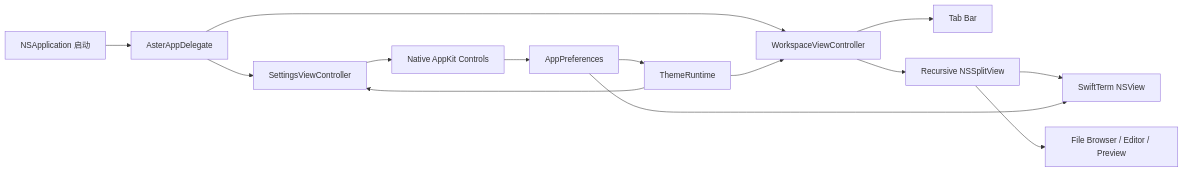
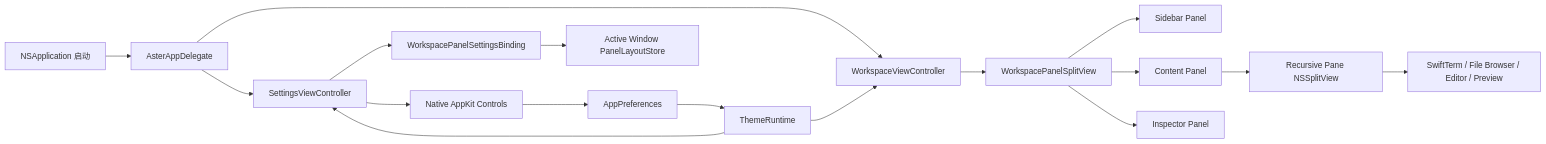
Before and after one commit to rambocode/aster: the diagram in docs/developer/appkit-interface.md, drawn with Mermaid. The commit also changed other lines of this file and 30 other files, not shown here.

Commit message:
feat(settings): restore independent fixed settings window

````diff
--- a/docs/developer/appkit-interface.md
+++ b/docs/developer/appkit-interface.md
@@ -36,16 +39,19 @@
 ```mermaid
 flowchart LR
   A[NSApplication 启动] --> B[AsterAppDelegate]
   B --> C[WorkspaceViewController]
   B --> D[SettingsViewController]
-  C --> E[Tab Bar]
-  C --> F[Recursive NSSplitView]
-  F --> G[SwiftTerm NSView]
-  F --> H[File Browser / Editor / Preview]
-  D --> I[Native AppKit Controls]
-  I --> J[AppPreferences]
-  J --> K[ThemeRuntime]
-  K --> C
-  K --> D
-  J --> G
+  C --> E[WorkspacePanelSplitView]
+  E --> F[Sidebar Panel]
+  E --> G[Content Panel]
+  E --> H[Inspector Panel]
+  G --> I[Recursive Pane NSSplitView]
+  I --> J[SwiftTerm / File Browser / Editor / Preview]
+  D --> O[Native AppKit Controls]
+  D --> K[WorkspacePanelSettingsBinding]
+  O --> L[AppPreferences]
+  K --> M[Active Window PanelLayoutStore]
+  L --> N[ThemeRuntime]
+  N --> C
+  N --> D
 ```
````
